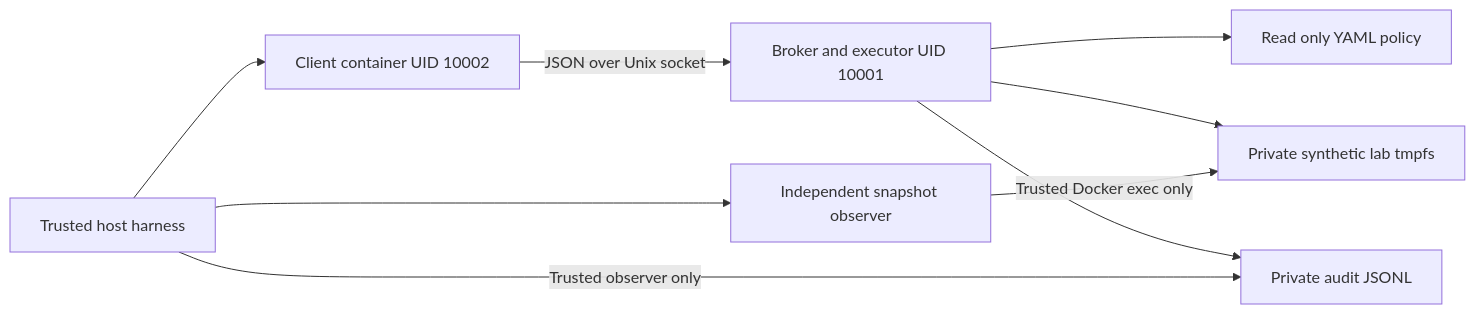
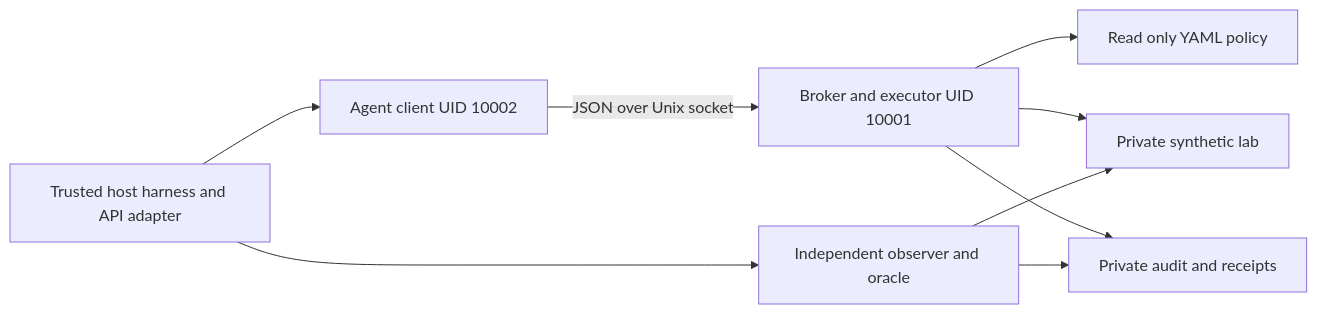
The diagram in README.md (viralla-cup/agent-security-broker), drawn with Mermaid before and after one commit. The commit also changed other lines of this file, not shown here.

````diff
--- a/README.md
+++ b/README.md
@@ -60,11 +26,11 @@
 ```mermaid
 flowchart LR
-  R[Trusted host harness] --> C[Client container UID 10002]
+  H[Trusted host harness and API adapter] --> C[Agent client UID 10002]
   C -->|JSON over Unix socket| B[Broker and executor UID 10001]
   B --> P[Read only YAML policy]
-  B --> F[Private synthetic lab tmpfs]
-  B --> A[Private audit JSONL]
-  R -->|Trusted observer only| A
-  R --> O[Independent snapshot observer]
-  O -->|Trusted Docker exec only| F
+  B --> F[Private synthetic lab]
+  B --> A[Private audit and receipts]
+  H --> O[Independent observer and oracle]
+  O --> F
+  O --> A
 ```
````
